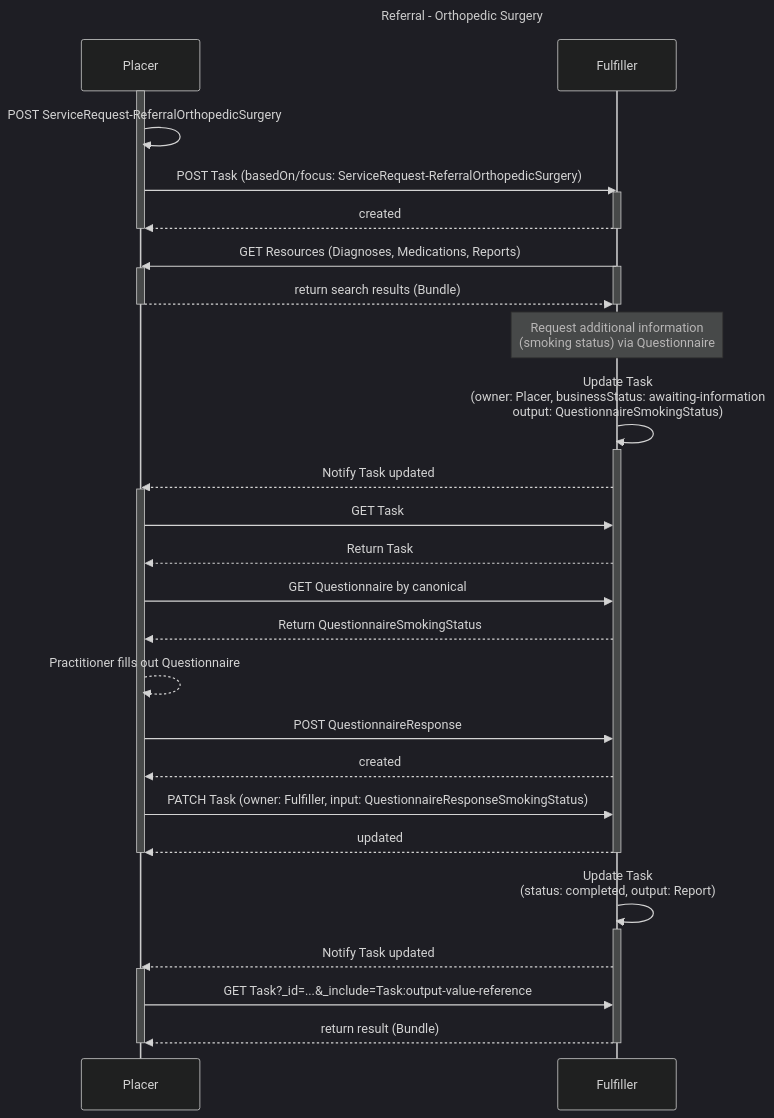
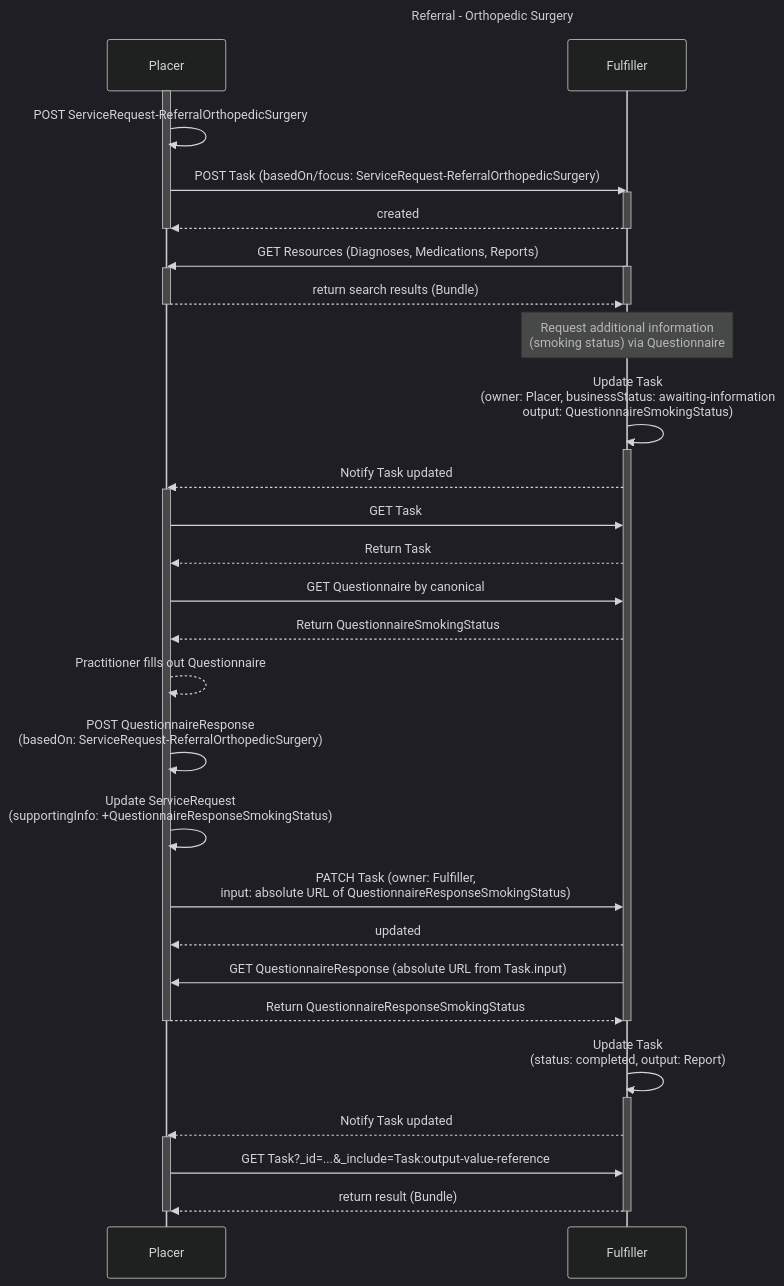
One commit to umzhconnect/umzhconnect-ig changed the diagram in input/pagecontent/usecase-referral-orthopedic.md. Above: the diagram before and after it, drawn with Mermaid (dark theme). The commit also changed other lines of this file and 7 other files, not shown here.

First line of the commit message:
Move QuestionnaireResponse to the Placer

````diff
--- a/input/pagecontent/usecase-referral-orthopedic.md
+++ b/input/pagecontent/usecase-referral-orthopedic.md
@@ -20,49 +20,51 @@
 ```mermaid
 sequenceDiagram
     title Referral - Orthopedic Surgery
 
     participant Placer as Placer
     participant Fulfiller as Fulfiller
     activate Placer
     Placer->>Placer: POST ServiceRequest-ReferralOrthopedicSurgery
     Placer->>Fulfiller: POST Task (basedOn/focus: ServiceRequest-ReferralOrthopedicSurgery)
     activate Fulfiller
     Fulfiller-->>Placer: created
     deactivate Placer
     deactivate Fulfiller
 
     Fulfiller->>Placer: GET Resources (Diagnoses, Medications, Reports)
     activate Fulfiller
     activate Placer
     Placer-->>Fulfiller: return search results (Bundle)
     deactivate Fulfiller
     deactivate Placer
 
     Note over Fulfiller: Request additional information<br/>(smoking status) via Questionnaire
     Fulfiller->>Fulfiller: Update Task<br/>(owner: Placer, businessStatus: awaiting-information<br/>output: QuestionnaireSmokingStatus)
     activate Fulfiller
     Fulfiller-->>Placer: Notify Task updated
     activate Placer
     Placer->>Fulfiller: GET Task
     Fulfiller-->>Placer: Return Task
     Placer->>Fulfiller: GET Questionnaire by canonical
     Fulfiller-->>Placer: Return QuestionnaireSmokingStatus
     Placer-->>Placer: Practitioner fills out Questionnaire
-    Placer->>Fulfiller: POST QuestionnaireResponse
-    Fulfiller-->>Placer: created
-    Placer->>Fulfiller: PATCH Task (owner: Fulfiller, input: QuestionnaireResponseSmokingStatus)
+    Placer->>Placer: POST QuestionnaireResponse<br/>(basedOn: ServiceRequest-ReferralOrthopedicSurgery)
+    Placer->>Placer: Update ServiceRequest<br/>(supportingInfo: +QuestionnaireResponseSmokingStatus)
+    Placer->>Fulfiller: PATCH Task (owner: Fulfiller,<br/>input: absolute URL of QuestionnaireResponseSmokingStatus)
     Fulfiller-->>Placer: updated
+    Fulfiller->>Placer: GET QuestionnaireResponse (absolute URL from Task.input)
+    Placer-->>Fulfiller: Return QuestionnaireResponseSmokingStatus
     deactivate Placer
     deactivate Fulfiller
 
     Fulfiller->>Fulfiller: Update Task<br/>(status: completed, output: Report)
     activate Fulfiller
     Fulfiller-->>Placer: Notify Task updated
     activate Placer
     Placer->> Fulfiller: GET Task?_id=...&_include=Task:output-value-reference
     Fulfiller-->>Placer: return result (Bundle)
     deactivate Placer
     deactivate Fulfiller
 
 
 ```
````
